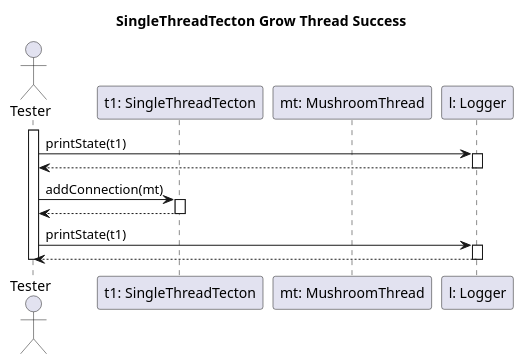
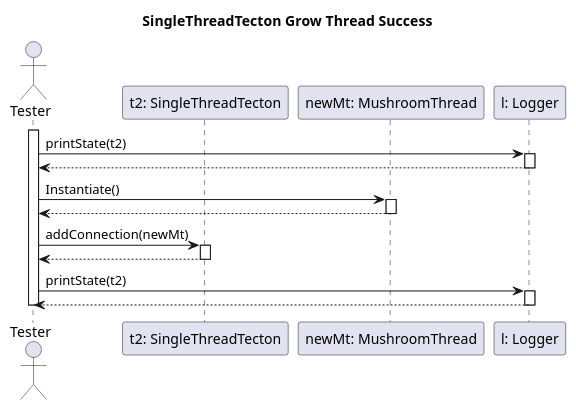
Before and after one commit to dzsem/projlab: the diagram in diagrams/test-sequence/singleThreadTectonGrowThreadSuccess.puml, drawn with PlantUML. The commit also changed 12 other files, not shown here.

```diff
--- a/diagrams/test-sequence/singleThreadTectonGrowThreadSuccess.puml
+++ b/diagrams/test-sequence/singleThreadTectonGrowThreadSuccess.puml
@@ -1,30 +1,35 @@
 @startuml tectonGrowThreadTest
 
 title SingleThreadTecton Grow Thread Success
 
 actor "Tester" as tst
-participant "t1: SingleThreadTecton" as t1
-participant "mt: MushroomThread" as mt
+participant "t2: SingleThreadTecton" as t2
+participant "newMt: MushroomThread" as newMt
 participant "l: Logger" as l
 
 activate tst
 
-tst -> l: printState(t1)
+tst -> l: printState(t2)
 activate l
 tst <-- l
 deactivate l
 
-tst -> t1: addConnection(mt)
-activate t1
+tst -> newMt: Instantiate()
+activate newMt
+tst <-- newMt
+deactivate newMt
 
-tst <-- t1
-deactivate t1
+tst -> t2: addConnection(newMt)
+activate t2
 
-tst -> l: printState(t1)
+tst <-- t2
+deactivate t2
+
+tst -> l: printState(t2)
 activate l
 tst <-- l
 deactivate l
 
 deactivate tst
 
 @enduml
```
